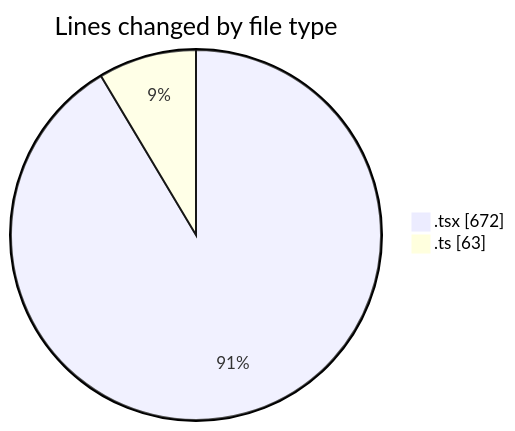
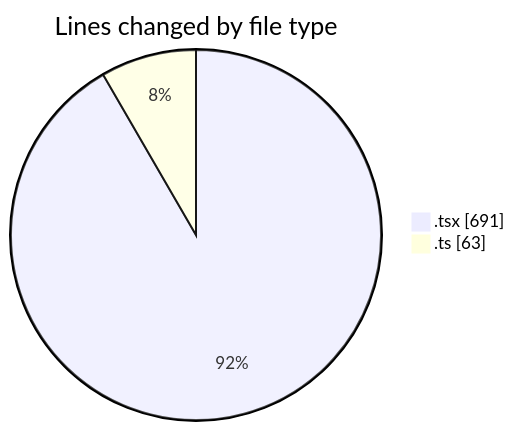
One commit to momahboobian/code-tracking changed the first of 2 diagrams in 2025-04-02/cda/README.md. Above: the diagram before and after it, drawn with Mermaid. The commit also changed other lines of this file and 1 other file, not shown here.

````diff
--- a/2025-04-02/cda/README.md
+++ b/2025-04-02/cda/README.md
@@ -24,6 +24,6 @@
 ```mermaid
 pie showData
 title Lines changed by file type
-".tsx" : 672
+".tsx" : 691
 ".ts" : 63
 ```
````
